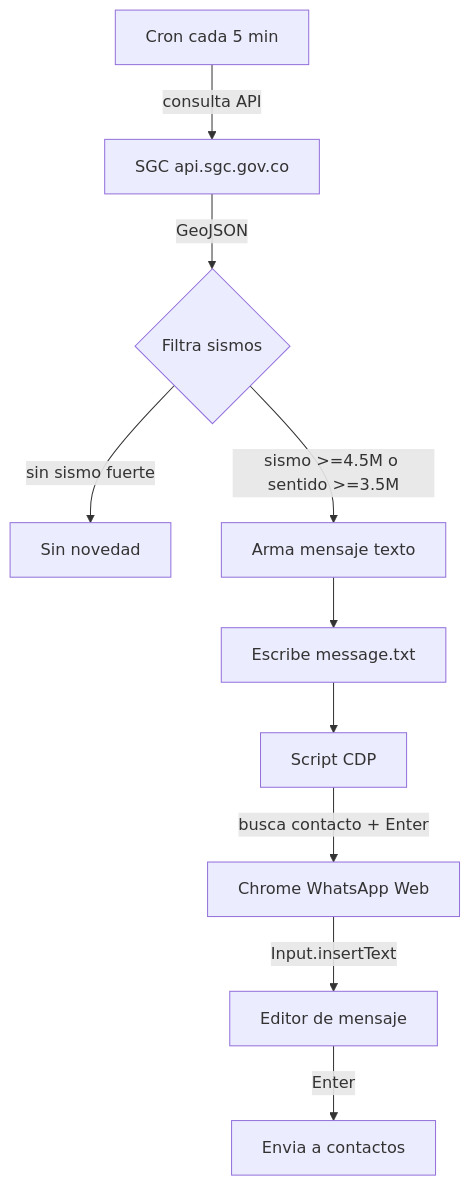
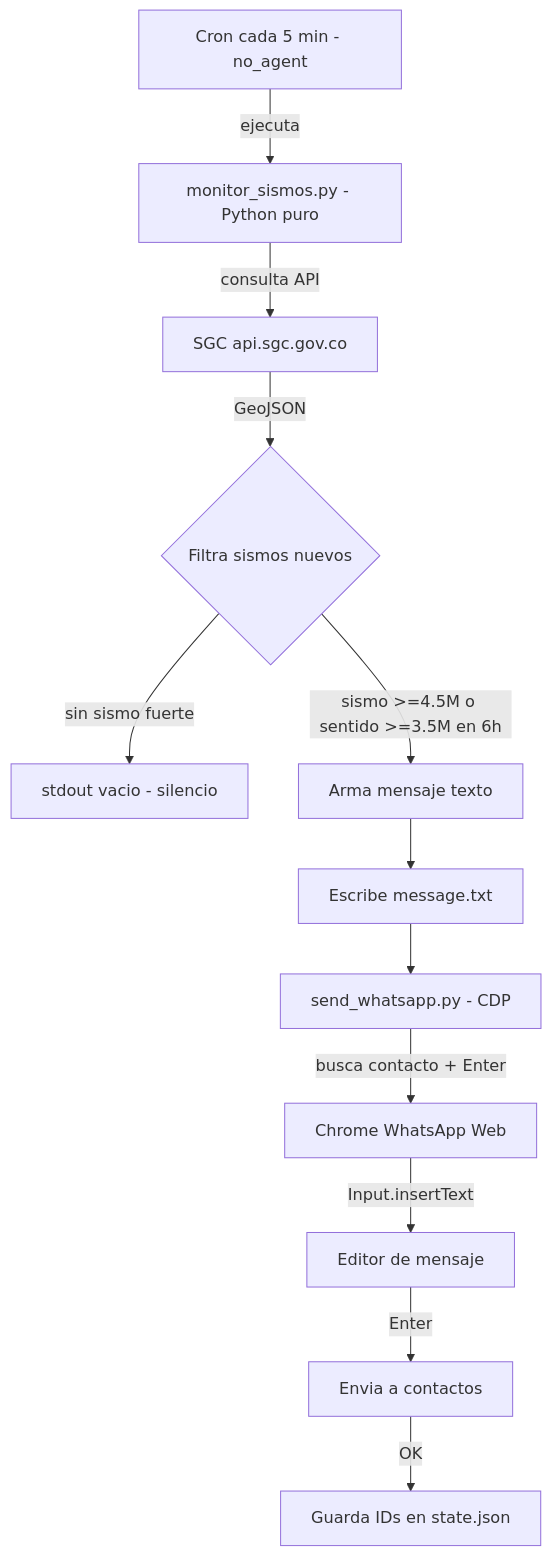
Before and after one commit to DevJhonnTorres/whatsapp-sismos-alerts: the first of 2 diagrams in README.md, drawn with Mermaid. The commit also changed other lines of this file and 2 other files, not shown here.

Commit message:
feat: monitor autonomo sin LLM (no_agent) + README con diagramas actualizados

````diff
--- a/README.md
+++ b/README.md
@@ -11,12 +13,14 @@
 ```mermaid
 flowchart TD
-    C[Cron cada 5 min] -->|consulta API| S[SGC api.sgc.gov.co]
-    S -->|GeoJSON| F{Filtra sismos}
-    F -->|sin sismo fuerte| Q[Sin novedad]
-    F -->|sismo >=4.5M o sentido >=3.5M| M[Arma mensaje texto]
+    C[Cron cada 5 min - no_agent] -->|ejecuta| Mon[monitor_sismos.py - Python puro]
+    Mon -->|consulta API| S[SGC api.sgc.gov.co]
+    S -->|GeoJSON| F{Filtra sismos nuevos}
+    F -->|sin sismo fuerte| Q[stdout vacio - silencio]
+    F -->|sismo >=4.5M o sentido >=3.5M en 6h| M[Arma mensaje texto]
     M --> P[Escribe message.txt]
-    P --> W[Script CDP]
+    P --> W[send_whatsapp.py - CDP]
     W -->|busca contacto + Enter| C2[Chrome WhatsApp Web]
     C2 -->|Input.insertText| E[Editor de mensaje]
     E -->|Enter| D[Envia a contactos]
+    D -->|OK| St[Guarda IDs en state.json]
 ```
````
